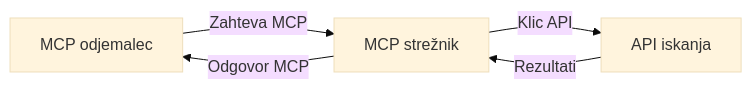
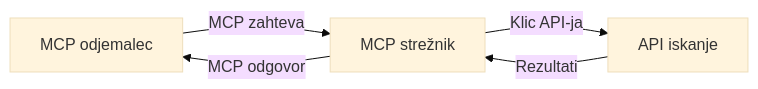
One commit to microsoft/mcp-for-beginners changed the second of 4 diagrams in translations/sl/05-AdvancedTopics/mcp-realtimesearch/README.md. Above: the diagram before and after it, drawn with Mermaid (base theme). The commit also changed other lines of this file and 154 other files, not shown here.

````diff
--- a/translations/sl/05-AdvancedTopics/mcp-realtimesearch/README.md
+++ b/translations/sl/05-AdvancedTopics/mcp-realtimesearch/README.md
@@ -598,7 +601,7 @@
 ```mermaid
 graph LR
-    Client[MCP odjemalec] --> |Zahteva MCP| Server[MCP strežnik]
-    Server --> |Klic API| SearchAPI[API iskanja]
+    Client[MCP odjemalec] --> |MCP zahteva| Server[MCP strežnik]
+    Server --> |Klic API-ja| SearchAPI[API iskanje]
     SearchAPI --> |Rezultati| Server
-    Server --> |Odgovor MCP| Client
+    Server --> |MCP odgovor| Client
 ```
````
